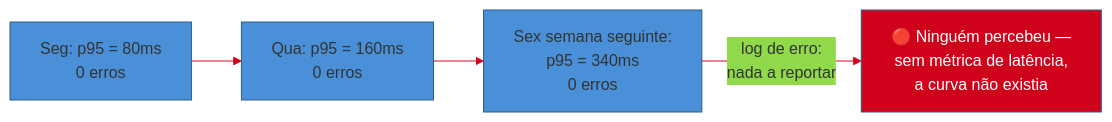
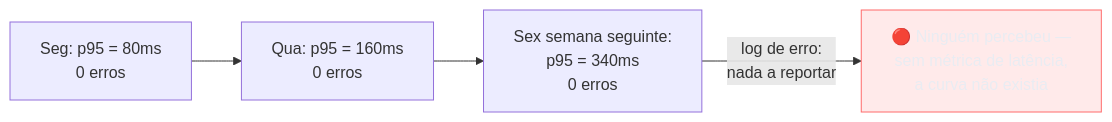
The first of 2 diagrams in 03-Dominios/Tecnologia/Python/Observabilidade e produção/03 - Métricas com OpenTelemetry e Prometheus client.md (josenaldo/codex-technomanticus), drawn with Mermaid before and after one commit. The commit also changed other lines of this file and 1181 other files, not shown here.

First line of the commit message:
fix(diagramas): paleta do sistema no lugar de cor cravada no markdown

````diff
--- a/03-Dominios/Tecnologia/Python/Observabilidade e produção/03 - Métricas com OpenTelemetry e Prometheus client.md
+++ b/03-Dominios/Tecnologia/Python/Observabilidade e produção/03 - Métricas com OpenTelemetry e Prometheus client.md
@@ -35,8 +35,8 @@
 ```mermaid
-%%{init: {"theme": "base", "themeVariables": {"primaryColor": "#4A90D9", "primaryBorderColor": "#2E5C8A", "lineColor": "#D0021B"}}}%%
 graph LR
+    classDef falha fill:#FF6B6B24,stroke:#FF6B6B,color:#E9ECF2
     D1["Seg: p95 = 80ms<br/>0 erros"] --> D2["Qua: p95 = 160ms<br/>0 erros"]
     D2 --> D3["Sex semana seguinte:<br/>p95 = 340ms<br/>0 erros"]
     D3 -->|"log de erro:<br/>nada a reportar"| BLIND["🔴 Ninguém percebeu —<br/>sem métrica de latência,<br/>a curva não existia"]
-    style BLIND fill:#D0021B,color:#fff
+    class BLIND falha
 ```
````
